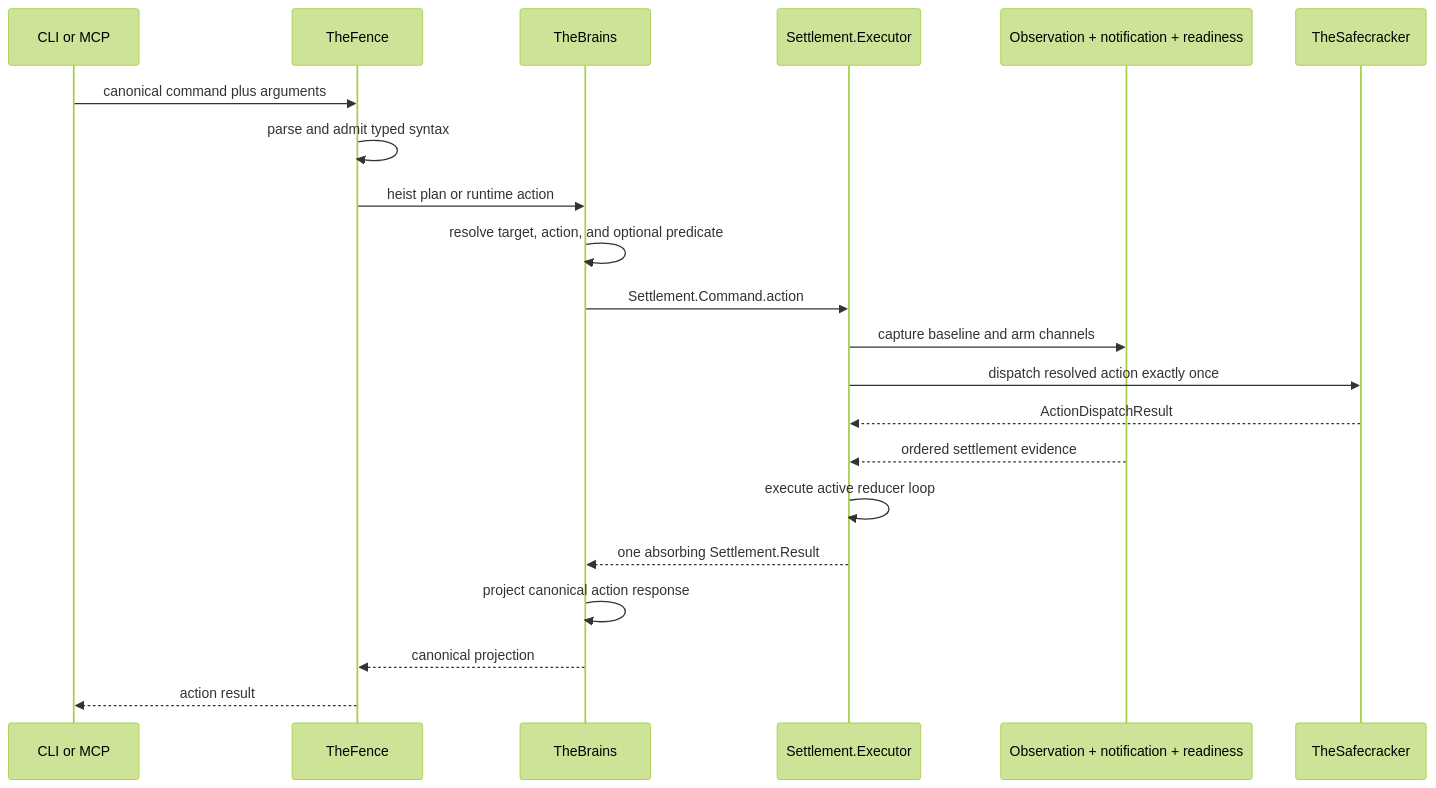
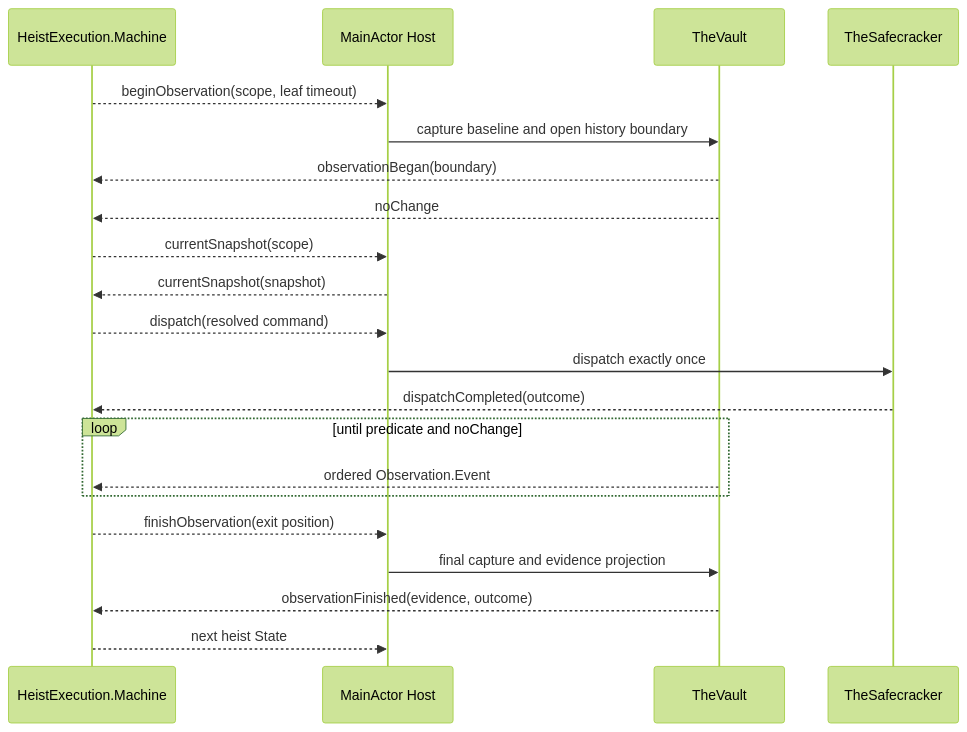
One commit to RoyalPineapple/TheButtonHeist changed the diagram in docs/diagrams/action-pipeline.md. Above: the diagram before and after it, drawn with Mermaid (forest theme). The commit also changed other lines of this file and 326 other files, not shown here.

Commit message:
Complete canonical observation execution migration

````diff
--- a/docs/diagrams/action-pipeline.md
+++ b/docs/diagrams/action-pipeline.md
@@ -22,24 +17,24 @@
 ```mermaid
 sequenceDiagram
-    participant Client as CLI or MCP
-    participant Fence as TheFence
-    participant Brains as TheBrains
-    participant Settlement as Settlement.Executor
-    participant Evidence as Observation + notification + readiness
+    participant Machine as HeistExecution.Machine
+    participant Host as MainActor Host
+    participant Vault as TheVault
     participant Safecracker as TheSafecracker
 
-    Client->>Fence: canonical command plus arguments
-    Fence->>Fence: parse and admit typed syntax
-    Fence->>Brains: heist plan or runtime action
-    Brains->>Brains: resolve target, action, and optional predicate
-    Brains->>Settlement: Settlement.Command.action
-    Settlement->>Evidence: capture baseline and arm channels
-    Settlement->>Safecracker: dispatch resolved action exactly once
-    Safecracker-->>Settlement: ActionDispatchResult
-    Evidence-->>Settlement: ordered settlement evidence
-    Settlement->>Settlement: execute active reducer loop
-    Settlement-->>Brains: one absorbing Settlement.Result
-    Brains->>Brains: project canonical action response
-    Brains-->>Fence: canonical projection
-    Fence-->>Client: action result
+    Machine-->>Host: beginObservation(scope, leaf timeout)
+    Host->>Vault: capture baseline and open history boundary
+    Vault-->>Machine: observationBegan(boundary)
+    Vault-->>Machine: noChange
+    Machine-->>Host: currentSnapshot(scope)
+    Host-->>Machine: currentSnapshot(snapshot)
+    Machine-->>Host: dispatch(resolved command)
+    Host->>Safecracker: dispatch exactly once
+    Safecracker-->>Machine: dispatchCompleted(outcome)
+    loop until predicate and noChange
+        Vault-->>Machine: ordered Observation.Event
+    end
+    Machine-->>Host: finishObservation(exit position)
+    Host->>Vault: final capture and evidence projection
+    Vault-->>Machine: observationFinished(evidence, outcome)
+    Machine-->>Host: next heist State
 ```
````
